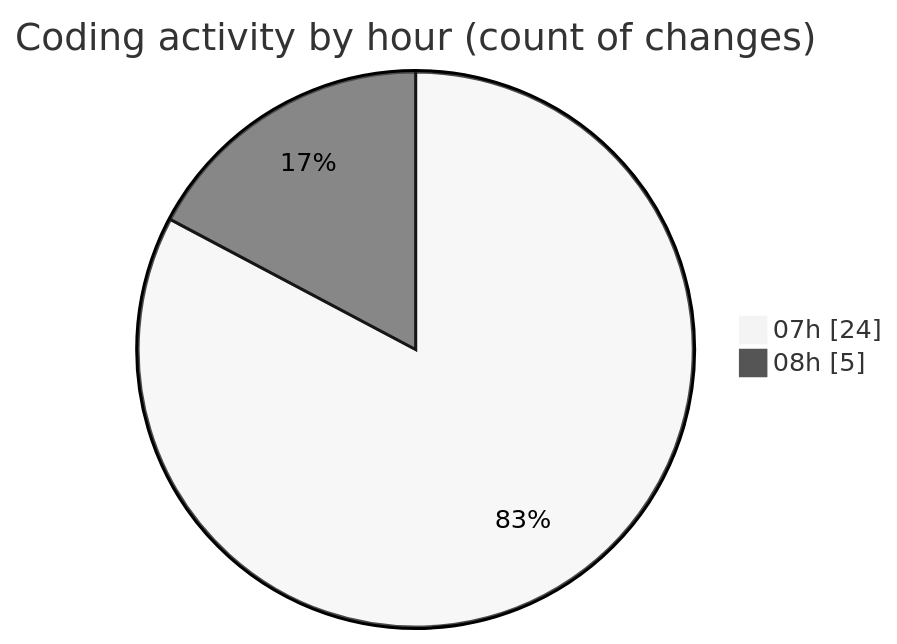
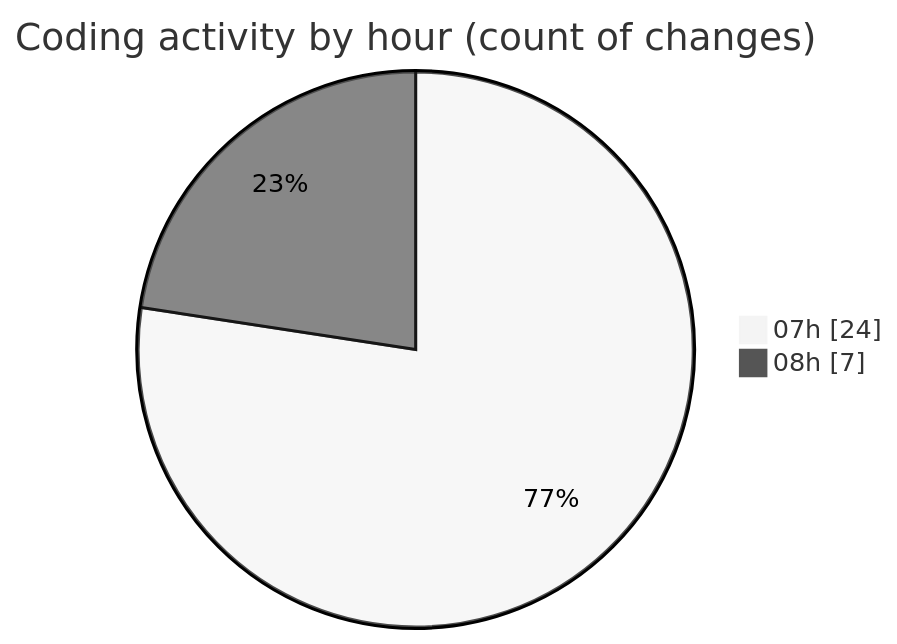
The second of 2 diagrams in 2025-03-10/mbc-web/README.md (robertbonfada/code-tracking), drawn with Mermaid (neutral theme) before and after one commit. The commit also changed other lines of this file and 1 other file, not shown here.

````diff
--- a/2025-03-10/mbc-web/README.md
+++ b/2025-03-10/mbc-web/README.md
@@ -35,6 +35,6 @@
 ```mermaid
 pie showData
 title Coding activity by hour (count of changes)
 "07h" : 24
-"08h" : 5
+"08h" : 7
 ```
````
